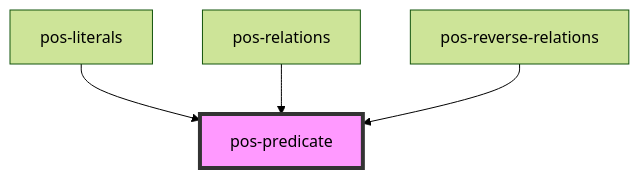
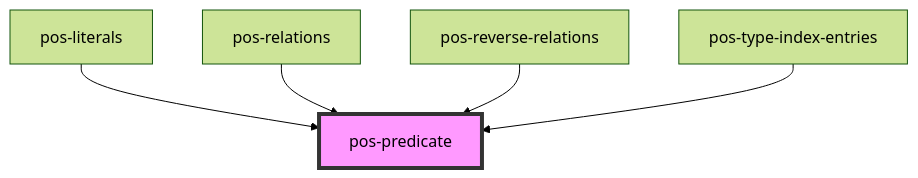
Before and after one commit to pod-os/PodOS: the diagram in docs/elements/components/pos-predicate/readme.md, drawn with Mermaid (forest theme). The commit also changed other lines of this file and 8 other files, not shown here.

````diff
--- a/docs/elements/components/pos-predicate/readme.md
+++ b/docs/elements/components/pos-predicate/readme.md
@@ -30,7 +31,8 @@
 ```mermaid
 graph TD;
   pos-literals --> pos-predicate
   pos-relations --> pos-predicate
   pos-reverse-relations --> pos-predicate
+  pos-type-index-entries --> pos-predicate
   style pos-predicate fill:#f9f,stroke:#333,stroke-width:4px
 ```
````
